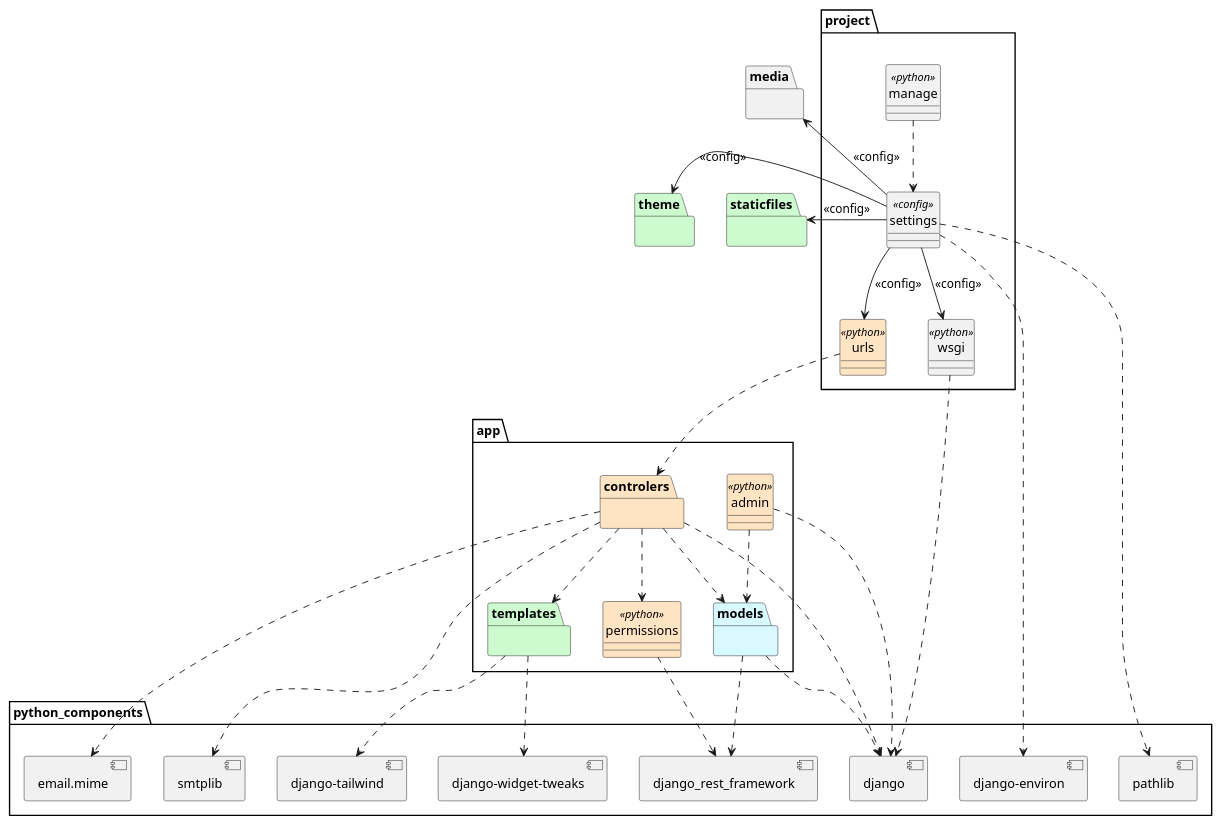
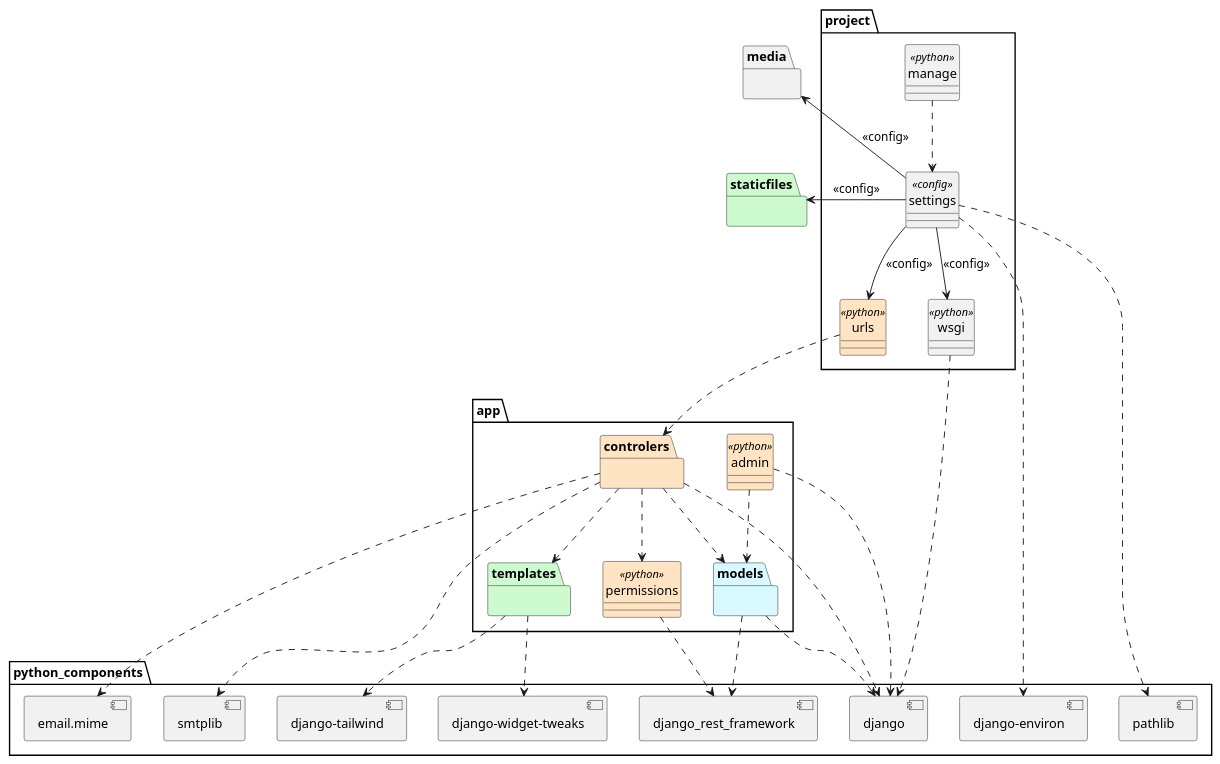
Before and after one commit to mpaulaherrero/tesis-frameworks-backend-diagrams: the diagram in logicalView/designView/django/packageDesign/designPackageDiagram.plantuml, drawn with PlantUML.

Commit message:
no theme

```diff
--- a/logicalView/designView/django/packageDesign/designPackageDiagram.plantuml
+++ b/logicalView/designView/django/packageDesign/designPackageDiagram.plantuml
@@ -1,144 +1,144 @@
 @startuml
 skinparam style strictuml
 allow_mixing
 
 package "python_components" as components {
     component "django-widget-tweaks" as tweaks
     component "django-tailwind" as tailwind
     component "email.mime" as email
     component smtplib
     component "django_rest_framework" as restframework
     component pathlib
     component "django-environ" as environ
     component django {
         'component "contrib" as django.contrib
         'component "core" as django.core
         'component "http" as django.http
         'component "shortcuts" as django.shortcuts
         'component "views" as django.views
         'component "utils" as django.utils
         'component "db" as django.db
         'component "forms" as django.forms
         'component "urls" as django.url
     }
 }
 
 package project {
     '.env es un archivo de configuración de environ
     'class asgi <<python>>
     class wsgi <<python>>
     class settings <<config>>
     class urls <<python>> #bisque
     class manage <<python>>
     'será que manage va? es una utilidad de linea de comando
 }
 
 package app {
     package controlers as controllers #bisque {
         'package comment_views {}
         'package publication_views {}
         'package user_views {}
     }
     package models #d8f9ff{
         'package user {}
         'package user_forms {}
     }
     package templates #cefad0 {}
     class admin <<python>> #bisque
     class permissions <<python>> #bisque
 }
 
 package staticfiles #cefad0{
     'package admin as staticfilesadmin {
     '    package css {}
     '    package img {}
     '    package js {}
     '}
     'package rest_framework{
     '    package css {}
     '    package docs {
         '    package css {}
         '    package img {}
         '    package js {}
     '    }
     '    package fonts {}
     '    package img {}
     '    package js {}
     '}
 }
 
-package theme #cefad0{
+'package theme #cefad0{
     'package "dist" as static.css.dist {}
     'package "templates" as theme.templates {}
-}
+'}
 
 package media {}
 
 manage .d.> settings
 settings ..> environ
 settings ..> pathlib
 settings -d-> urls: <<config>>
 settings --> wsgi: <<config>>
 'settings ..> templates
 'settings ..> admin
 settings -l-> media: <<config>>
 settings -l-> staticfiles: <<config>>
-settings -l-> theme: <<config>>
+'settings -l-> theme: <<config>>
 
 'diseño
 urls -[hidden]l- wsgi
 media -[hidden]d- staticfiles
-staticfiles -[hidden]l- theme
+'staticfiles -[hidden]l- theme
 environ -[hidden]l- django
 
 
 wsgi ..> django
 urls .[hidden].> django: feo
 
 urls .d.> controllers
 'urls -d-> user_views
 'urls -d-> publication_views
 'urls -d-> comment_views
 
 
 admin ..> models
 admin ..> django
 
 'comment_views --> models
 'publication_views --> models
 'user_views --> models
 'user_forms -r-> user
 controllers ..> models
 controllers ..> templates
 controllers ..> permissions
 'controllers ..> settings CICLO
 controllers ..> django
 'controllers ..> django.contrib
 'controllers ..> django.core
 'controllers ..> django.http
 'controllers ..> django.shortcuts
 'controllers ..> django.views
 'controllers ..> django.utils
 controllers ..> email
 controllers ..> smtplib
 
 'templates .l.> theme
 'templates ..> staticfiles
 templates ..> tweaks
 templates ..> tailwind
 permissions ..> restframework
 
 models ..> restframework
 models ..> django
 'models ..> django.db
 'models ..> django.url
 'models ..> django.forms
 'models ..> django.core
 'models ..> django.contrib
 
 'comment_views --> restframework
 'publication_views --> restframework
 'user_views --> restframework
 'django -[hidden]d-> components
 
 @enduml
```
